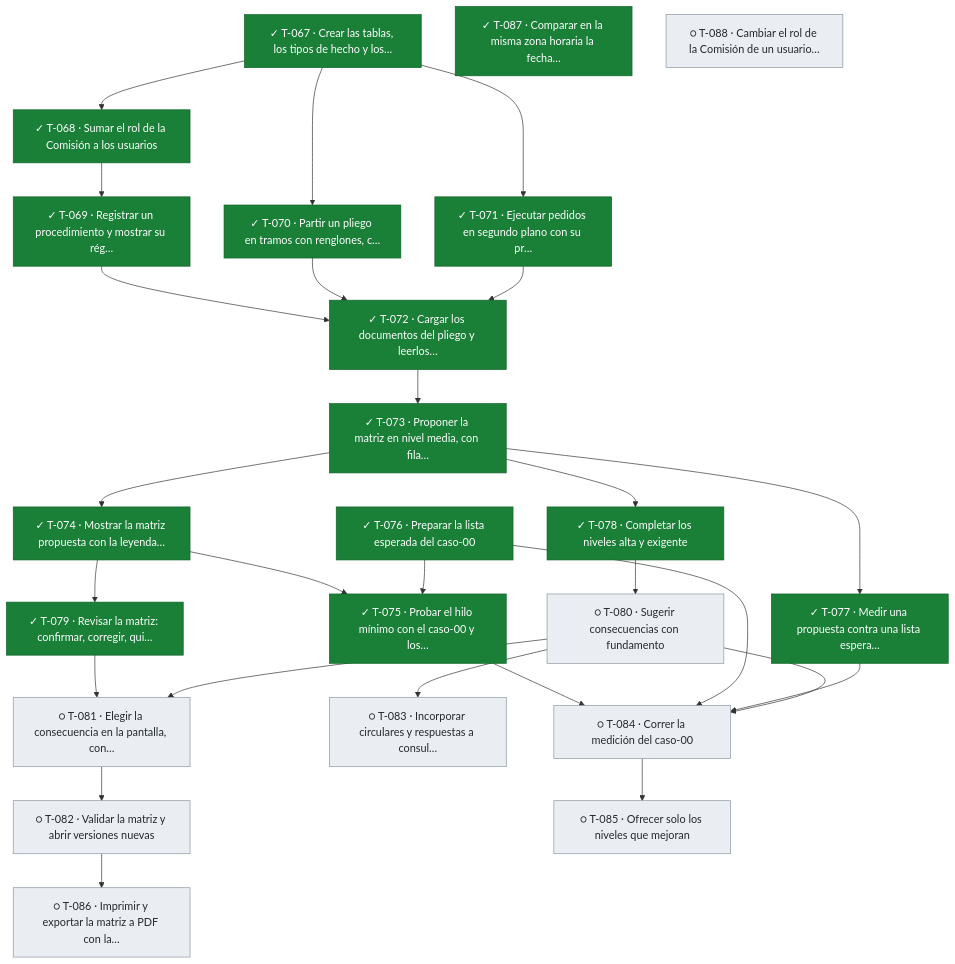
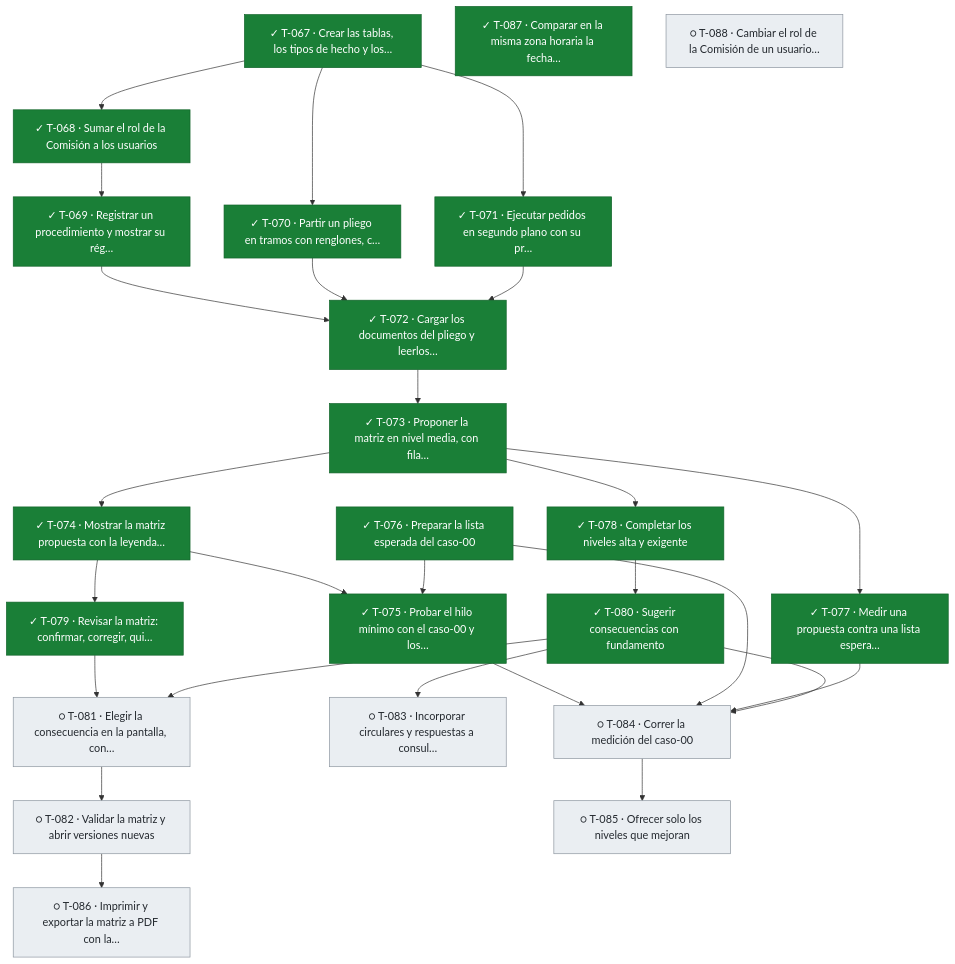
Before and after one commit to snavello/EVALUON: the fifth of 5 diagrams in docs/tablero.md, drawn with Mermaid. The commit also changed other lines of this file and 1 other file, not shown here.

````diff
--- a/docs/tablero.md
+++ b/docs/tablero.md
@@ -401,55 +401,55 @@
 ```mermaid
 flowchart TD
   T067["✓ T-067 · Crear las tablas, los tipos de hecho y los…"]:::done
   T068["✓ T-068 · Sumar el rol de la Comisión a los usuarios"]:::done
   T069["✓ T-069 · Registrar un procedimiento y mostrar su rég…"]:::done
   T070["✓ T-070 · Partir un pliego en tramos con renglones, c…"]:::done
   T071["✓ T-071 · Ejecutar pedidos en segundo plano con su pr…"]:::done
   T072["✓ T-072 · Cargar los documentos del pliego y leerlos…"]:::done
   T073["✓ T-073 · Proponer la matriz en nivel media, con fila…"]:::done
   T074["✓ T-074 · Mostrar la matriz propuesta con la leyenda…"]:::done
   T075["✓ T-075 · Probar el hilo mínimo con el caso-00 y los…"]:::done
   T076["✓ T-076 · Preparar la lista esperada del caso-00"]:::done
   T077["✓ T-077 · Medir una propuesta contra una lista espera…"]:::done
   T078["✓ T-078 · Completar los niveles alta y exigente"]:::done
   T079["✓ T-079 · Revisar la matriz: confirmar, corregir, qui…"]:::done
-  T080["○ T-080 · Sugerir consecuencias con fundamento"]:::todo
+  T080["✓ T-080 · Sugerir consecuencias con fundamento"]:::done
   T081["○ T-081 · Elegir la consecuencia en la pantalla, con…"]:::todo
   T082["○ T-082 · Validar la matriz y abrir versiones nuevas"]:::todo
   T083["○ T-083 · Incorporar circulares y respuestas a consul…"]:::todo
   T084["○ T-084 · Correr la medición del caso-00"]:::todo
   T085["○ T-085 · Ofrecer solo los niveles que mejoran"]:::todo
   T086["○ T-086 · Imprimir y exportar la matriz a PDF con la…"]:::todo
   T087["✓ T-087 · Comparar en la misma zona horaria la fecha…"]:::done
   T088["○ T-088 · Cambiar el rol de la Comisión de un usuario…"]:::todo
   T067 --> T068
   T068 --> T069
   T067 --> T070
   T067 --> T071
   T069 --> T072
   T070 --> T072
   T071 --> T072
   T072 --> T073
   T073 --> T074
   T074 --> T075
   T076 --> T075
   T073 --> T077
   T073 --> T078
   T074 --> T079
   T078 --> T080
   T079 --> T081
   T080 --> T081
   T081 --> T082
   T080 --> T083
   T075 --> T084
   T076 --> T084
   T077 --> T084
   T080 --> T084
   T084 --> T085
   T082 --> T086
   classDef done fill:#1a7f37,stroke:#116329,color:#ffffff
   classDef review fill:#0969da,stroke:#0550ae,color:#ffffff
   classDef active fill:#bf8700,stroke:#7d4e00,color:#ffffff
   classDef blocked fill:#cf222e,stroke:#a40e26,color:#ffffff
   classDef todo fill:#eaeef2,stroke:#8c959f,color:#24292f
 ```
````
